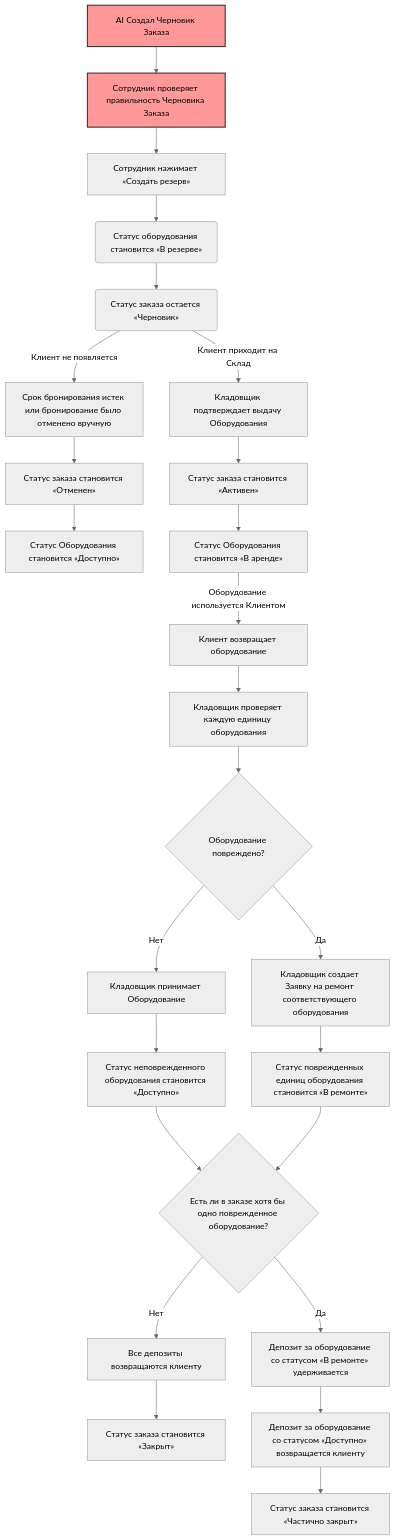
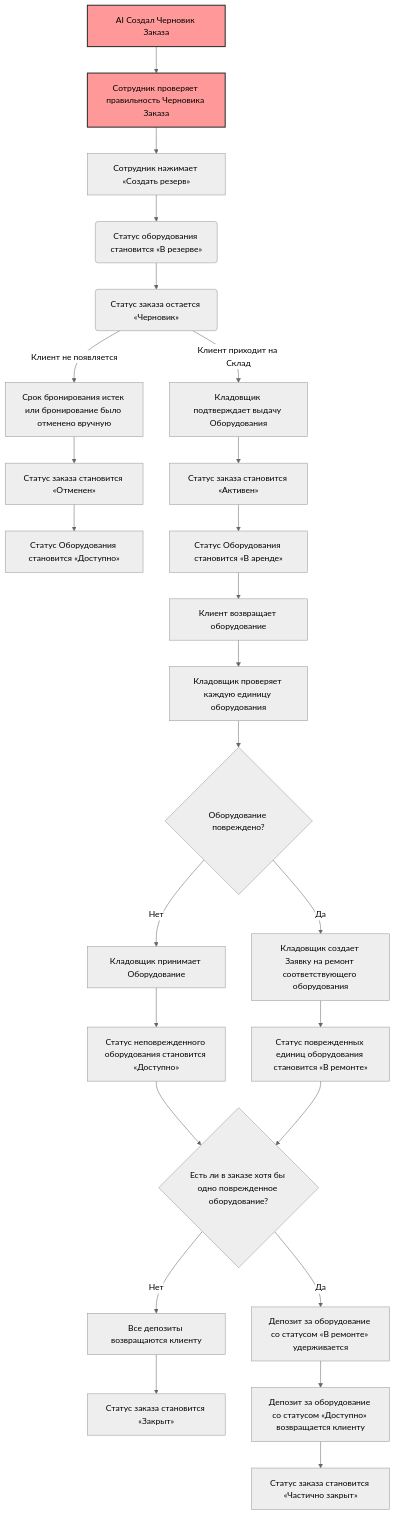
The diagram in flowchart4.md (Diamko94/rentals1), drawn with Mermaid (neutral theme) before and after one commit.

````diff
--- a/flowchart4.md
+++ b/flowchart4.md
@@ -1,45 +1,45 @@
 ```mermaid
 flowchart TD
 
  %% Выделение цветом
     style D0 fill:#ff9999,stroke:#333,stroke-width:2px
     style D00 fill:#ff9999,stroke:#333,stroke-width:2px
 
   
 
     %% Подтверждение
     D0[AI Создал Черновик Заказа]
     D0 --> D00[Сотрудник проверяет правильность Черновика Заказа]
 
     D00 --> D1[Сотрудник нажимает «Создать резерв»]
     D1 --> B(Статус оборудования становится «В резерве»)
     B --> B1(Статус заказа остается «Черновик»)
 
 
     %% Выдача
     B1 --> |Клиент приходит на Склад| I[Кладовщик подтверждает выдачу Оборудования]
     B1 --> |Клиент не появляется| E[Срок бронирования истек или бронирование было отменено вручную]
     E --> F[Статус заказа становится «Отменен»]
     I --> J[Статус заказа становится «Активен»]
     F --> C[Статус Оборудования становится «Доступно»]
     J --> X[Статус Оборудования становится «В аренде»]
 
     %% Возврат
-    X --> |Оборудование используется Клиентом| K[Клиент возвращает оборудование]
+    X --> K[Клиент возвращает оборудование]
     K --> L[Кладовщик проверяет каждую единицу оборудования]
     L --> M{Оборудование повреждено?}
     
     M --> |Да| P[Кладовщик создает Заявку на ремонт соответствующего оборудования]
     P --> R[Статус поврежденных единиц оборудования становится «В ремонте»]
     M --> |Нет| P1[Кладовщик принимает Оборудование]
     P1 --> T[Статус неповрежденного оборудования становится «Доступно»]
 
     %% Расчет
     T --> N{Есть ли в заказе хотя бы одно поврежденное оборудование?}
     R --> N
     N --> |Нет| Q[Все депозиты возвращаются клиенту]
     Q --> V[Статус заказа становится «Закрыт»]
     N --> |Да| S[Депозит за оборудование со статусом «В ремонте» удерживается]
     S --> U[Депозит за оборудование со статусом «Доступно» возвращается клиенту]
     U --> W[Статус заказа становится «Частично закрыт»]
 ```
````
